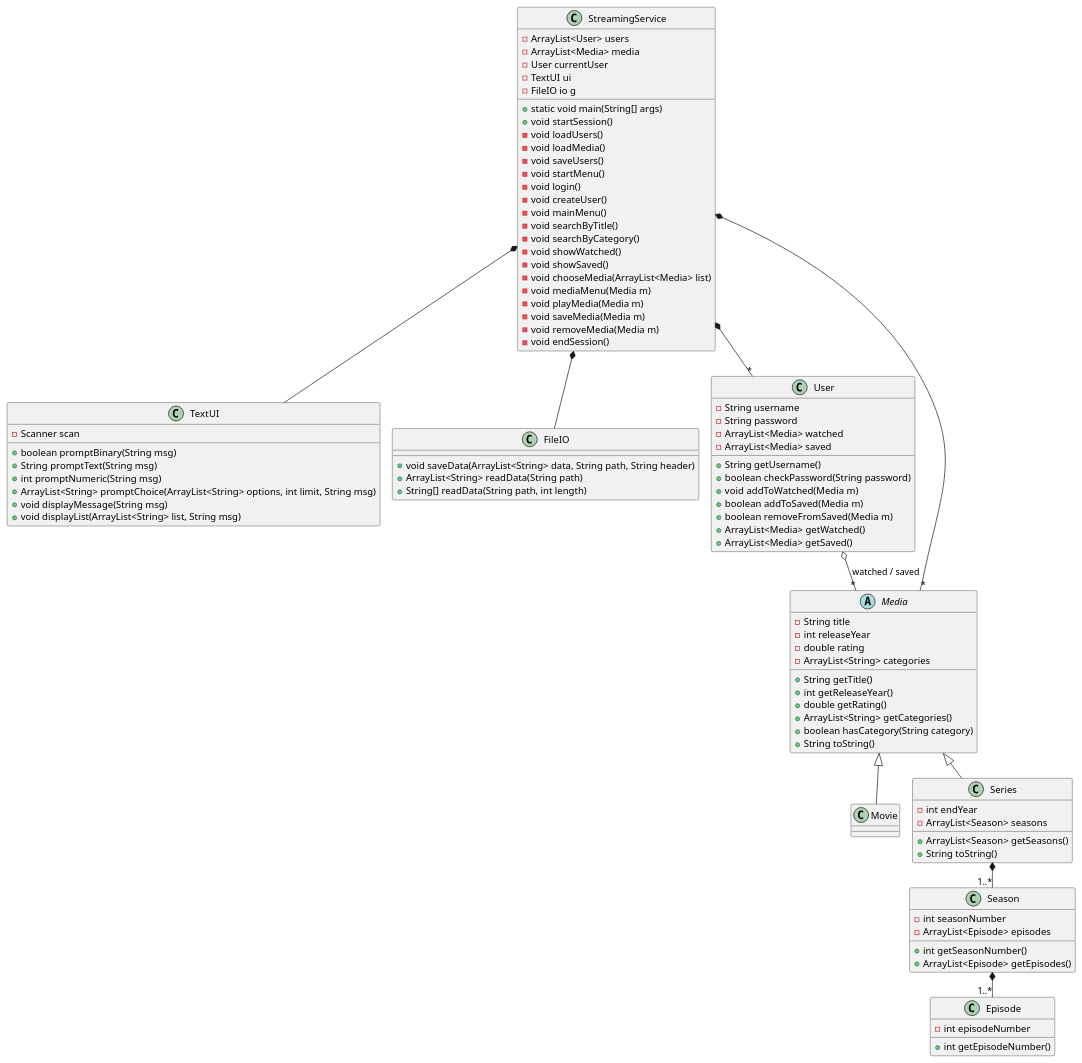
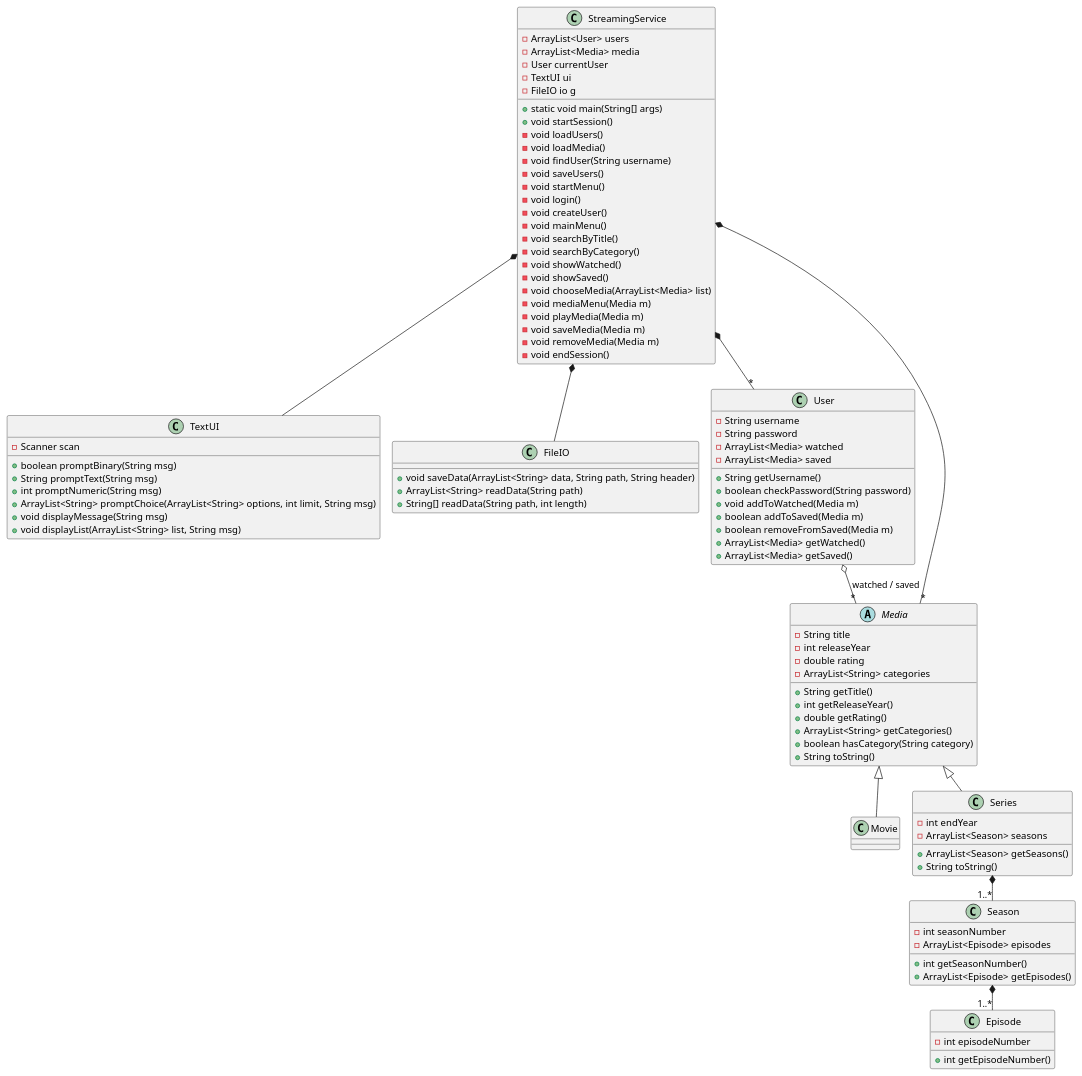
Before and after one commit to BenjaFrandsen/GrpH-SP3: the diagram in doc/Static/ClassDiagram.puml, drawn with PlantUML. The commit also changed 1 other file, not shown here.

Commit message:
Lavet login. Lavet findUser metode og implementeret den i klassediagrammet

```diff
--- a/doc/Static/ClassDiagram.puml
+++ b/doc/Static/ClassDiagram.puml
@@ -1,115 +1,116 @@
 @startuml
 'https://plantuml.com/class-diagram
 
 !pragma layout smetana
 
 class StreamingService {
 - ArrayList<User> users
 - ArrayList<Media> media
 - User currentUser
 - TextUI ui
 - FileIO io g
 
 + static void main(String[] args)
 + void startSession()
 - void loadUsers()
 - void loadMedia()
+- void findUser(String username)
 - void saveUsers()
 - void startMenu()
 - void login()
 - void createUser()
 - void mainMenu()
 - void searchByTitle()
 - void searchByCategory()
 - void showWatched()
 - void showSaved()
 - void chooseMedia(ArrayList<Media> list)
 - void mediaMenu(Media m)
 - void playMedia(Media m)
 - void saveMedia(Media m)
 - void removeMedia(Media m)
 - void endSession()
 }
 
 class TextUI{
 - Scanner scan
 + boolean promptBinary(String msg)
 + String promptText(String msg)
 + int promptNumeric(String msg)
 + ArrayList<String> promptChoice(ArrayList<String> options, int limit, String msg)
 + void displayMessage(String msg)
 + void displayList(ArrayList<String> list, String msg)
 }
 
 class FileIO{
 + void saveData(ArrayList<String> data, String path, String header)
 + ArrayList<String> readData(String path)
 + String[] readData(String path, int length)
 }
 
 class User {
 - String username
 - String password
 - ArrayList<Media> watched
 - ArrayList<Media> saved
 
 + String getUsername()
 + boolean checkPassword(String password)
 + void addToWatched(Media m)
 + boolean addToSaved(Media m)
 + boolean removeFromSaved(Media m)
 + ArrayList<Media> getWatched()
 + ArrayList<Media> getSaved()
 }
 
 abstract class Media{
 - String title
 - int releaseYear
 - double rating
 - ArrayList<String> categories
 
 + String getTitle()
 + int getReleaseYear()
 + double getRating()
 + ArrayList<String> getCategories()
 + boolean hasCategory(String category)
 + String toString()
 }
 
 class Movie{
 }
 
 class Series{
 -int endYear
 - ArrayList<Season> seasons
 
 + ArrayList<Season> getSeasons()
 + String toString()
 }
 
 class Season{
 - int seasonNumber
 - ArrayList<Episode> episodes
 
 + int getSeasonNumber()
 + ArrayList<Episode> getEpisodes()
 }
 
 class Episode{
 - int episodeNumber
 
 + int getEpisodeNumber()
 }
 
 StreamingService *-- TextUI
 StreamingService *-- FileIO
 StreamingService *-- "*" User
 StreamingService *-- "*" Media
 User o-- "*" Media : watched / saved
 
 Media <|-- Movie
 Media <|-- Series
 Series *-- "1..*" Season
 Season *-- "1..*" Episode
 
 @enduml
```
